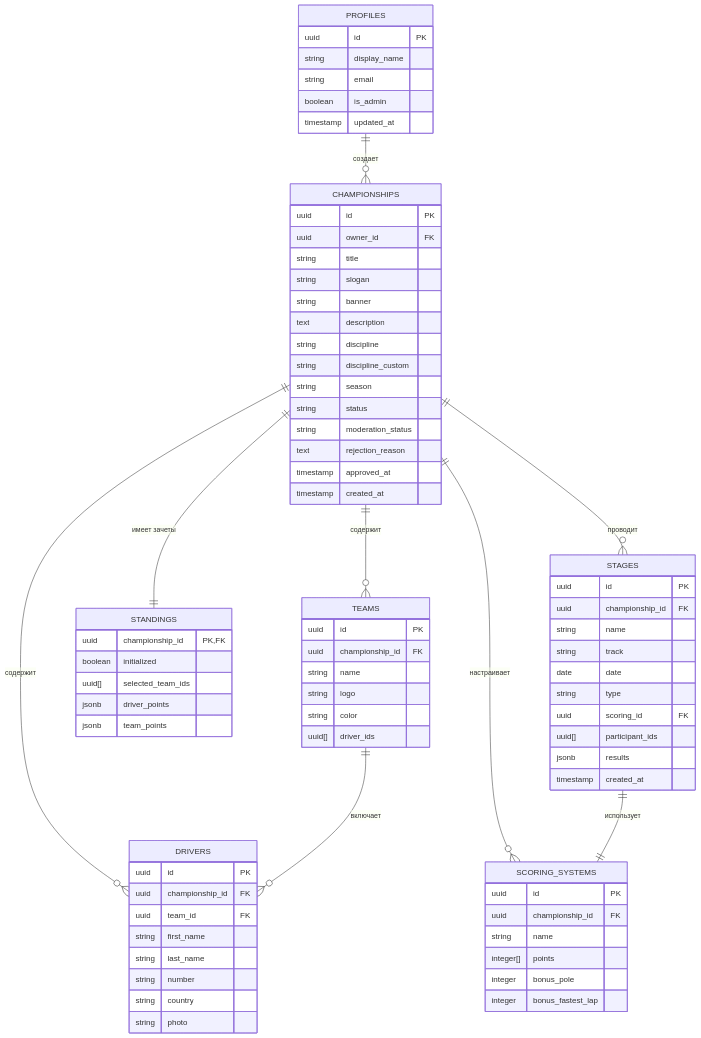
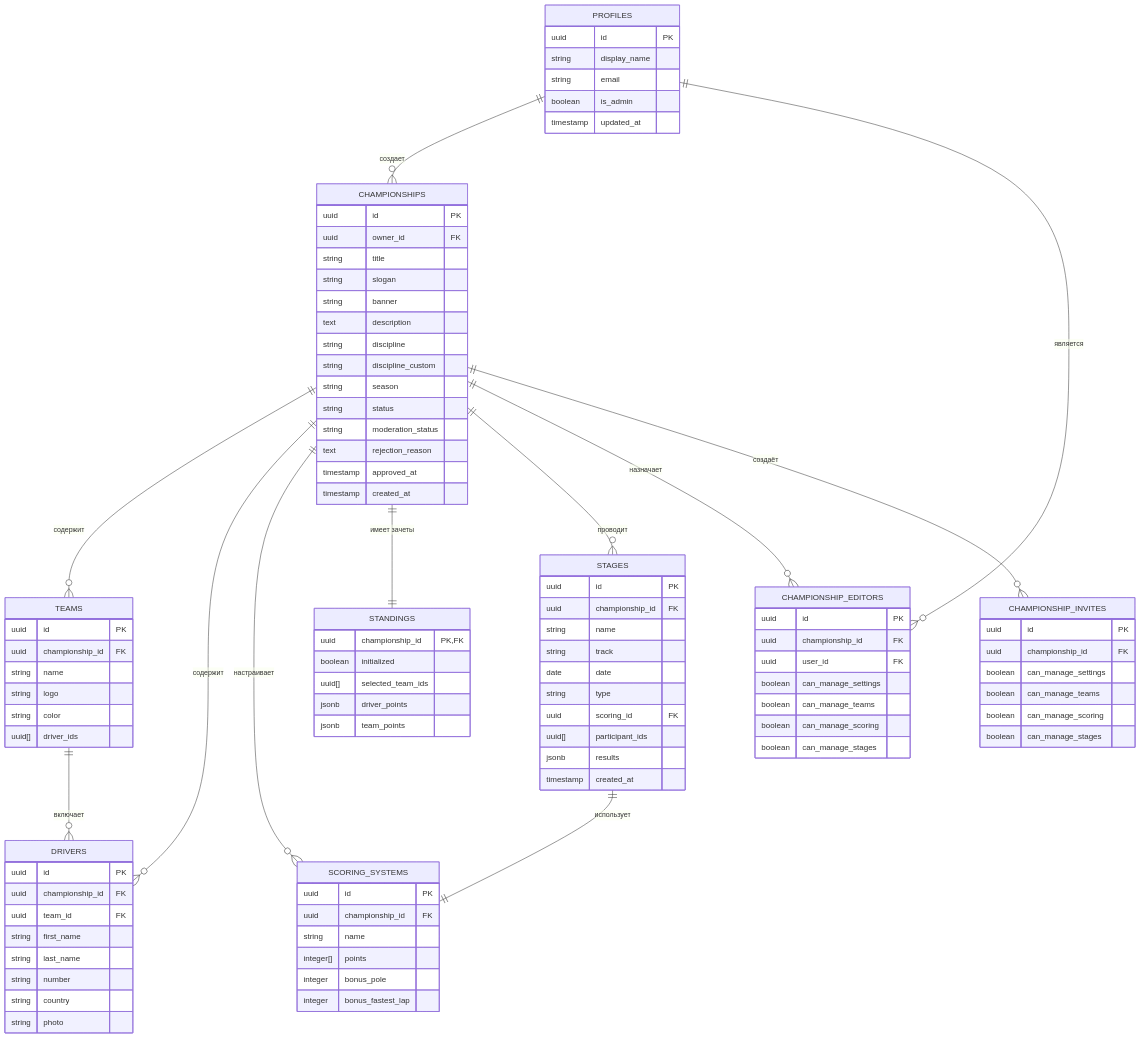
The first of 2 diagrams in project.md (lyoshme/lme-race-control), drawn with Mermaid before and after one commit. The commit also changed other lines of this file and 2 other files, not shown here.

Commit message:
update hero video; add security fix migration; update project.md

````diff
--- a/project.md
+++ b/project.md
@@ -175,4 +175,25 @@
     CHAMPIONSHIPS ||--o{ STAGES : "проводит"
     TEAMS ||--o{ DRIVERS : "включает"
     STAGES ||--|| SCORING_SYSTEMS : "использует"
+    CHAMPIONSHIPS ||--o{ CHAMPIONSHIP_EDITORS : "назначает"
+    PROFILES ||--o{ CHAMPIONSHIP_EDITORS : "является"
+    CHAMPIONSHIPS ||--o{ CHAMPIONSHIP_INVITES : "создаёт"
+
+    CHAMPIONSHIP_EDITORS {
+        uuid id PK
+        uuid championship_id FK
+        uuid user_id FK
+        boolean can_manage_settings
+        boolean can_manage_teams
+        boolean can_manage_scoring
+        boolean can_manage_stages
+    }
+    CHAMPIONSHIP_INVITES {
+        uuid id PK
+        uuid championship_id FK
+        boolean can_manage_settings
+        boolean can_manage_teams
+        boolean can_manage_scoring
+        boolean can_manage_stages
+    }
 ```
````
